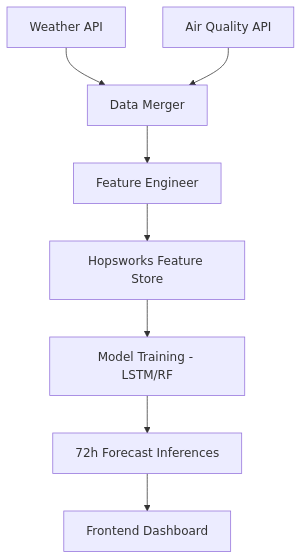
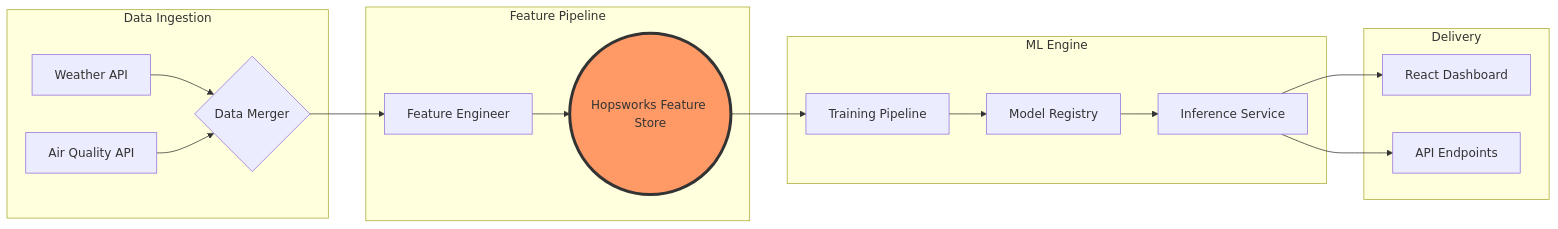
One commit to 21Afnan/AirLyst changed the diagram in README.md. Above: the diagram before and after it, drawn with Mermaid. The commit also changed other lines of this file, not shown here.

````diff
--- a/README.md
+++ b/README.md
@@ -18,10 +34,25 @@
 ```mermaid
-graph TD
-    A[Weather API] --> C[Data Merger]
+graph LR
+    subgraph "Data Ingestion"
+    A[Weather API] --> C{Data Merger}
     B[Air Quality API] --> C
+    end
+    
+    subgraph "Feature Pipeline"
     C --> D[Feature Engineer]
-    D --> E[Hopsworks Feature Store]
-    E --> F[Model Training - LSTM/RF]
-    F --> G[72h Forecast Inferences]
-    G --> H[Frontend Dashboard]
+    D --> E((Hopsworks Feature Store))
+    end
+    
+    subgraph "ML Engine"
+    E --> F[Training Pipeline]
+    F --> G[Model Registry]
+    G --> H[Inference Service]
+    end
+    
+    subgraph "Delivery"
+    H --> I[React Dashboard]
+    H --> J[API Endpoints]
+    end
+
+    style E fill:#f96,stroke:#333,stroke-width:4px
 ```
````
